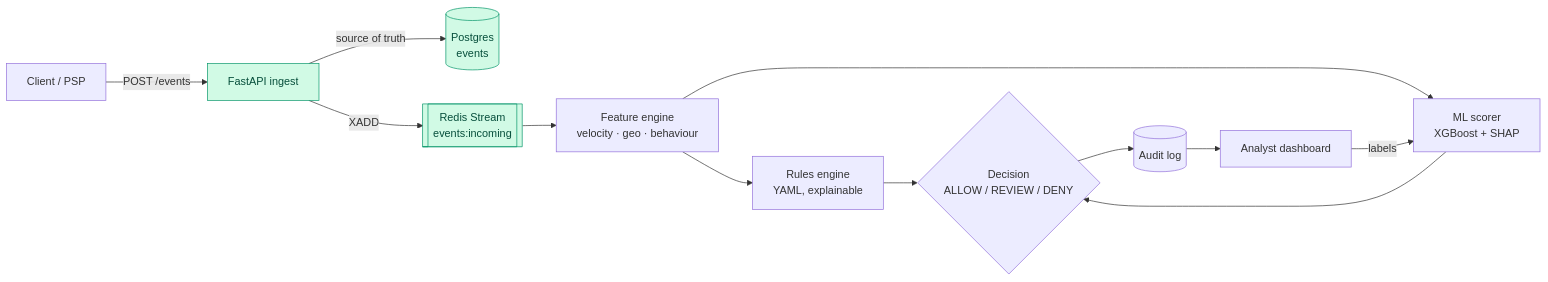
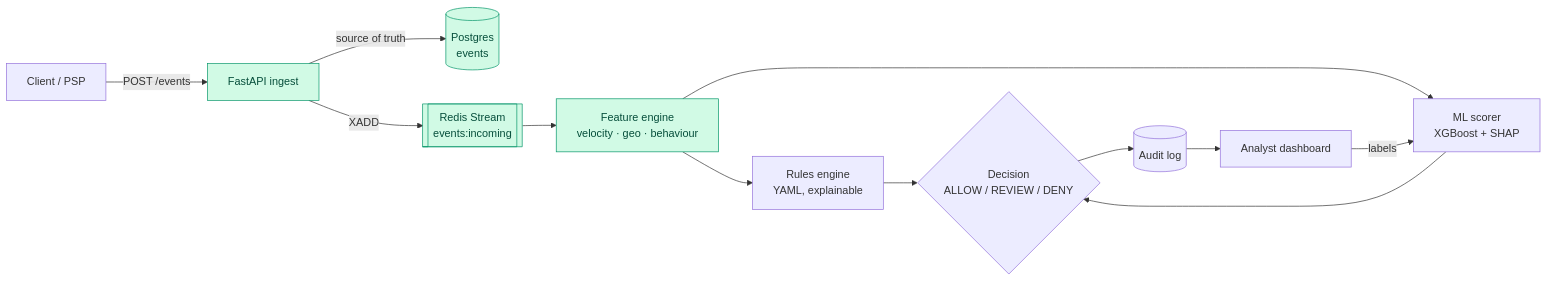
Before and after one commit to ADARSHputhane/fraud-detection-engine: the diagram in README.md, drawn with Mermaid. The commit also changed other lines of this file and 23 other files, not shown here.

````diff
--- a/README.md
+++ b/README.md
@@ -21,17 +21,17 @@
 ```mermaid
 flowchart LR
     C[Client / PSP] -->|POST /events| API[FastAPI ingest]
     API -->|source of truth| PG[(Postgres<br/>events)]
     API -->|XADD| RS[[Redis Stream<br/>events:incoming]]
     RS --> FE[Feature engine<br/>velocity · geo · behaviour]
     FE --> RE[Rules engine<br/>YAML, explainable]
     FE --> ML[ML scorer<br/>XGBoost + SHAP]
     RE --> D{Decision<br/>ALLOW / REVIEW / DENY}
     ML --> D
     D --> AUD[(Audit log)]
     AUD --> DASH[Analyst dashboard]
     DASH -->|labels| ML
 
     classDef done fill:#d1fae5,stroke:#059669,color:#064e3b;
-    class API,PG,RS done;
+    class API,PG,RS,FE done;
 ```
````
